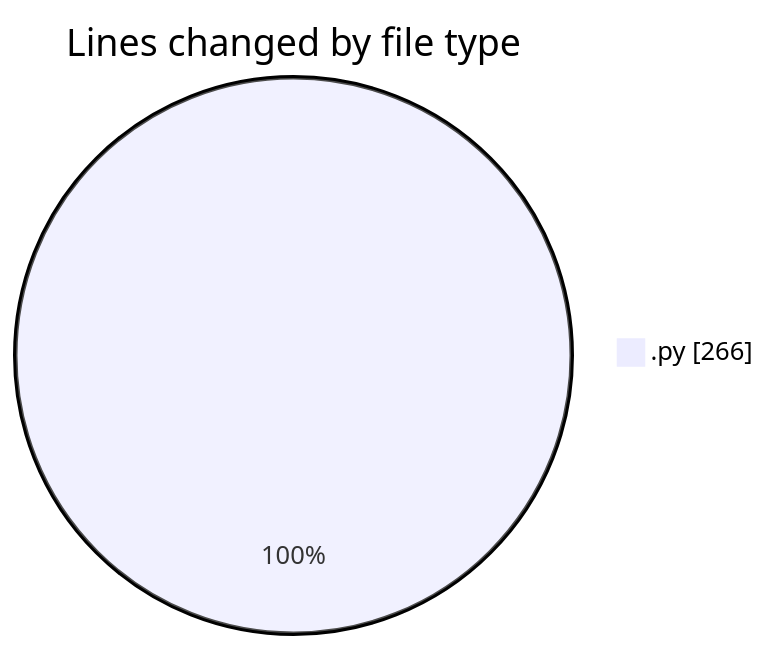
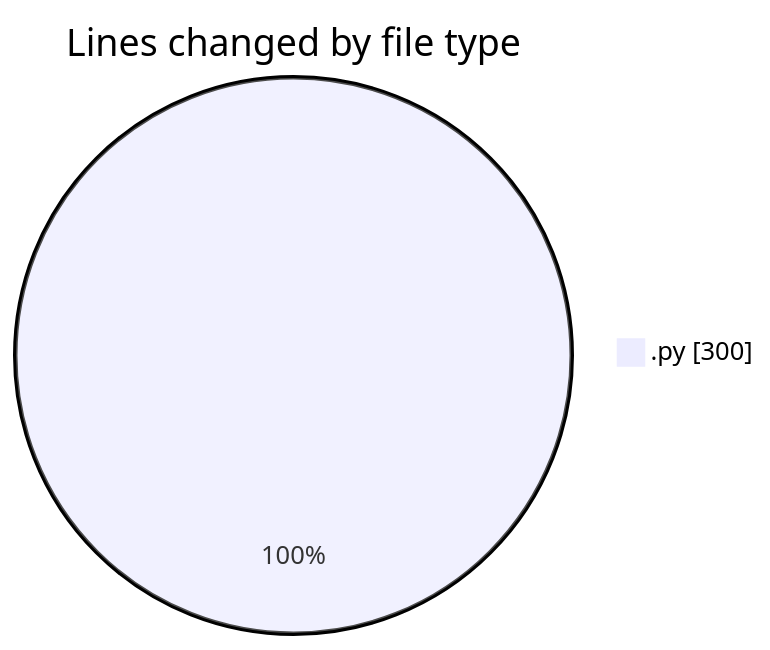
The first of 2 diagrams in 2025-07-02/cursor/README.md (FelipKnott/code-tracking), drawn with Mermaid before and after one commit. The commit also changed other lines of this file and 1 other file, not shown here.

````diff
--- a/2025-07-02/cursor/README.md
+++ b/2025-07-02/cursor/README.md
@@ -22,5 +22,5 @@
 ```mermaid
 pie showData
 title Lines changed by file type
-".py" : 266
+".py" : 300
 ```
````
